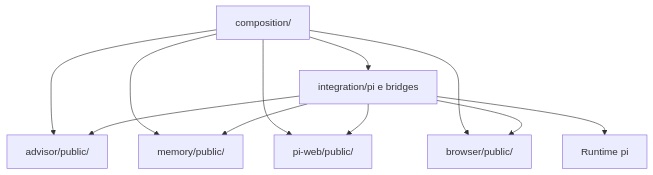
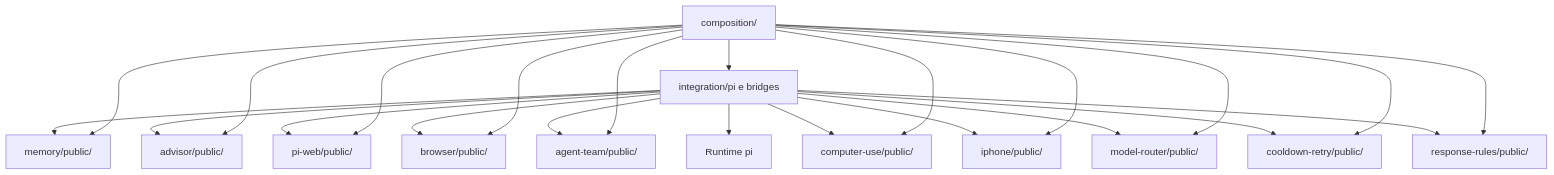
Before and after one commit to DavyMassoneto/synapse: the diagram in docs/architecture.md, drawn with Mermaid. The commit also changed other lines of this file, not shown here.

Commit message:
docs: propose the agent team, computer-use, iPhone, model router, cooldown retry and response rules modules

````diff
--- a/docs/architecture.md
+++ b/docs/architecture.md
@@ -53,13 +65,25 @@
 ```mermaid
 flowchart TD
     composicao["composition/"] --> integracao["integration/pi e bridges"]
     composicao --> memoria["memory/public/"]
     composicao --> web["pi-web/public/"]
     composicao --> advisor["advisor/public/"]
     composicao --> navegador["browser/public/"]
+    composicao --> equipe["agent-team/public/"]
+    composicao --> computador["computer-use/public/"]
+    composicao --> iphone["iphone/public/"]
+    composicao --> roteador["model-router/public/"]
+    composicao --> cooldown["cooldown-retry/public/"]
+    composicao --> respostas["response-rules/public/"]
     integracao --> advisor
     integracao --> memoria
     integracao --> web
     integracao --> navegador
+    integracao --> equipe
+    integracao --> computador
+    integracao --> iphone
+    integracao --> roteador
+    integracao --> cooldown
+    integracao --> respostas
     integracao --> pi["Runtime pi"]
 ```
````
